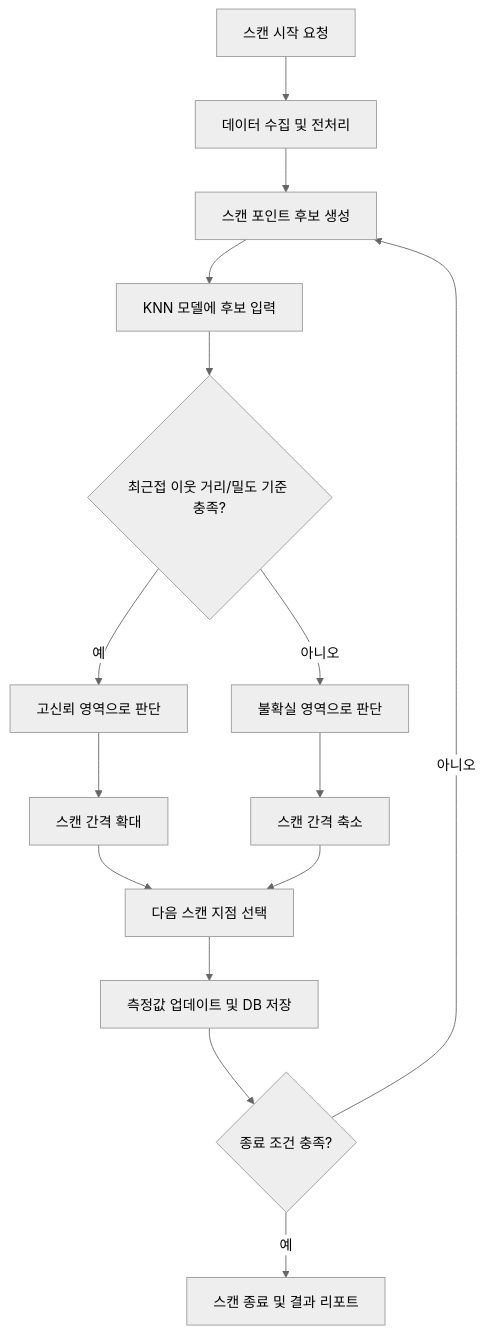
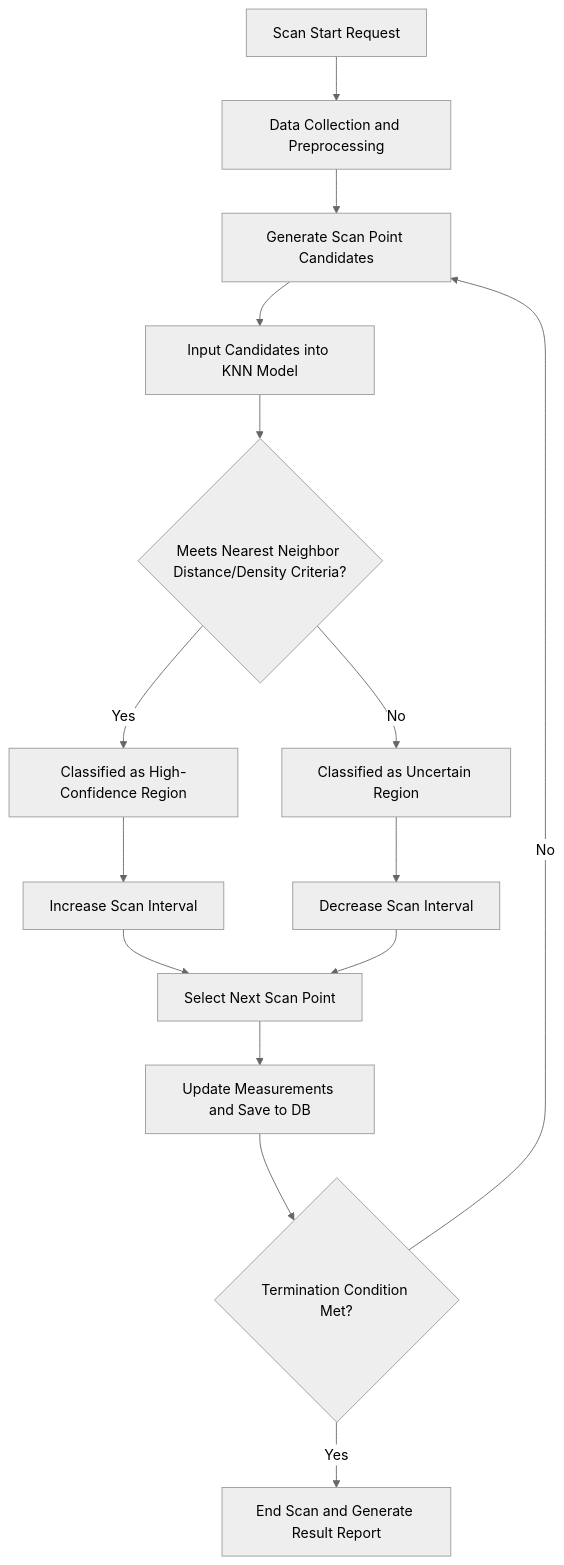
The diagram in README.md (inholeegithub/Bayesian_Inference), drawn with Mermaid (neutral theme) before and after one commit.

Commit message:
Translate Mermaid diagram labels to English (#4)

````diff
--- a/README.md
+++ b/README.md
@@ -53,17 +53,17 @@
 ```mermaid
 flowchart TD
-    A[스캔 시작 요청] --> B[데이터 수집 및 전처리]
-    B --> C[스캔 포인트 후보 생성]
-    C --> D[KNN 모델에 후보 입력]
-    D --> E{최근접 이웃 거리/밀도 기준 충족?}
-    E -- 예 --> F[고신뢰 영역으로 판단]
-    E -- 아니오 --> G[불확실 영역으로 판단]
-    F --> H[스캔 간격 확대]
-    G --> I[스캔 간격 축소]
-    H --> J[다음 스캔 지점 선택]
+    A[Scan Start Request] --> B[Data Collection and Preprocessing]
+    B --> C[Generate Scan Point Candidates]
+    C --> D[Input Candidates into KNN Model]
+    D --> E{Meets Nearest Neighbor Distance/Density Criteria?}
+    E -- Yes --> F[Classified as High-Confidence Region]
+    E -- No --> G[Classified as Uncertain Region]
+    F --> H[Increase Scan Interval]
+    G --> I[Decrease Scan Interval]
+    H --> J[Select Next Scan Point]
     I --> J
-    J --> K[측정값 업데이트 및 DB 저장]
-    K --> L{종료 조건 충족?}
-    L -- 아니오 --> C
-    L -- 예 --> M[스캔 종료 및 결과 리포트]
+    J --> K[Update Measurements and Save to DB]
+    K --> L{Termination Condition Met?}
+    L -- No --> C
+    L -- Yes --> M[End Scan and Generate Result Report]
 ```
````
